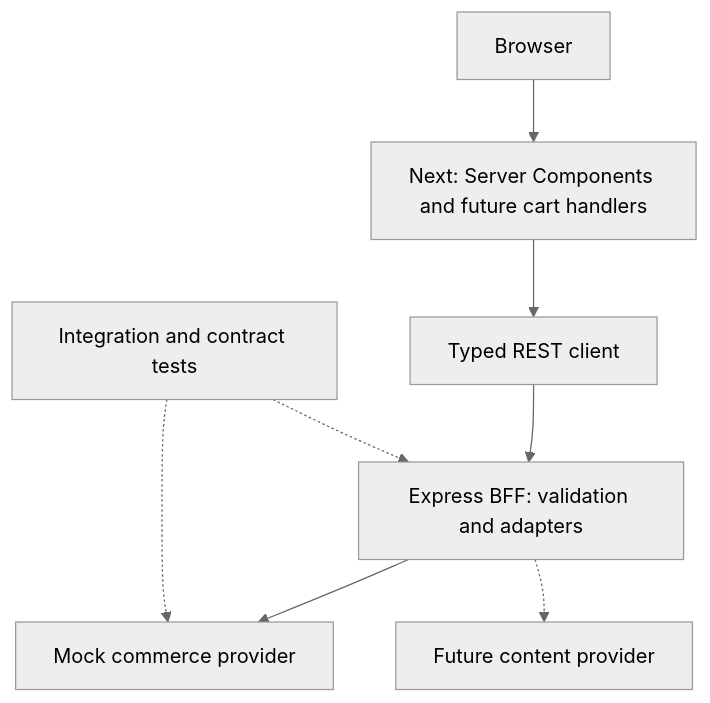
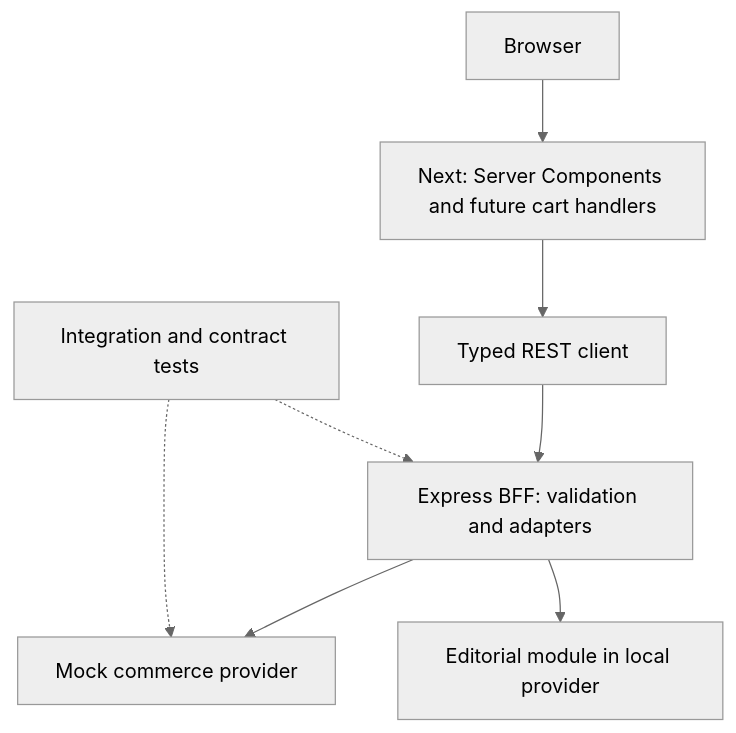
The diagram in docs/ARCHITECTURE.md (RubenHoodESP/atelier-commerce), drawn with Mermaid (neutral theme) before and after one commit. The commit also changed other lines of this file and 42 other files, not shown here.

````diff
--- a/docs/ARCHITECTURE.md
+++ b/docs/ARCHITECTURE.md
@@ -5,10 +5,10 @@
 ```mermaid
 flowchart TD
   B["Browser"] --> N["Next: Server Components and future cart handlers"]
   N --> C["Typed REST client"]
   C --> E["Express BFF: validation and adapters"]
   E --> P["Mock commerce provider"]
-  E -.-> F["Future content provider"]
+  E --> F["Editorial module in local provider"]
   T["Integration and contract tests"] -.-> E
   T -.-> P
 ```
````
